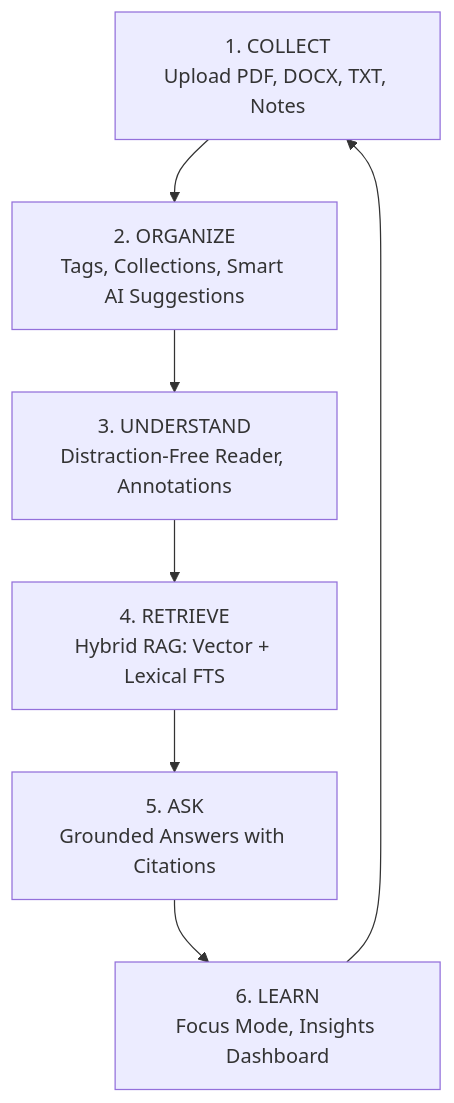
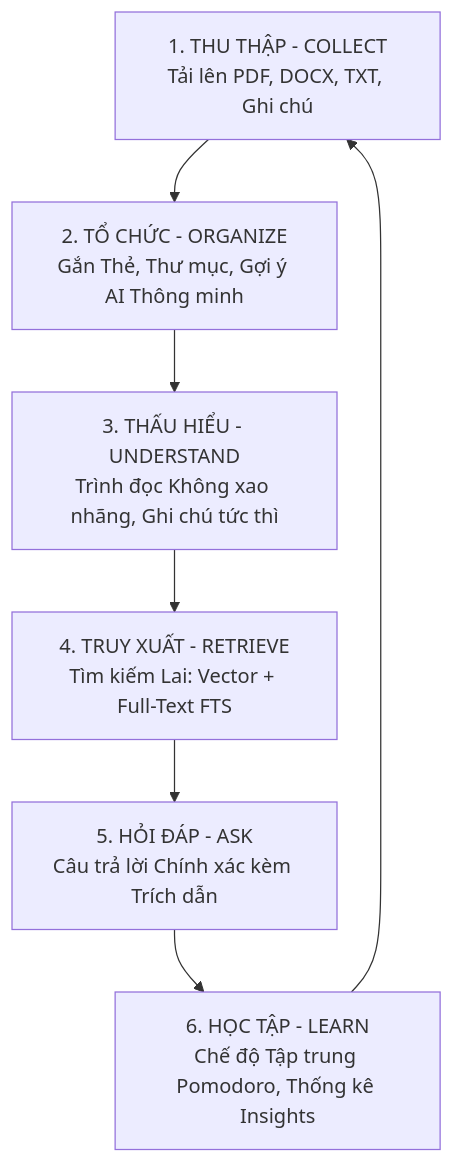
Before and after one commit to dbp3206-source/group_sync: the first of 2 diagrams in docs/01_guides/KNOWLEDGEOS_GUIDE.md, drawn with Mermaid. The commit also changed other lines of this file and 8 other files, not shown here.

````diff
--- a/docs/01_guides/KNOWLEDGEOS_GUIDE.md
+++ b/docs/01_guides/KNOWLEDGEOS_GUIDE.md
@@ -18,9 +23,9 @@
 ```mermaid
 graph TD
-    A[1. COLLECT<br>Upload PDF, DOCX, TXT, Notes] --> B[2. ORGANIZE<br>Tags, Collections, Smart AI Suggestions]
-    B --> C[3. UNDERSTAND<br>Distraction-Free Reader, Annotations]
-    C --> D[4. RETRIEVE<br>Hybrid RAG: Vector + Lexical FTS]
-    D --> E[5. ASK<br>Grounded Answers with Citations]
-    E --> F[6. LEARN<br>Focus Mode, Insights Dashboard]
+    A[1. THU THẬP - COLLECT<br>Tải lên PDF, DOCX, TXT, Ghi chú] --> B[2. TỔ CHỨC - ORGANIZE<br>Gắn Thẻ, Thư mục, Gợi ý AI Thông minh]
+    B --> C[3. THẤU HIỂU - UNDERSTAND<br>Trình đọc Không xao nhãng, Ghi chú tức thì]
+    C --> D[4. TRUY XUẤT - RETRIEVE<br>Tìm kiếm Lai: Vector + Full-Text FTS]
+    D --> E[5. HỎI ĐÁP - ASK<br>Câu trả lời Chính xác kèm Trích dẫn]
+    E --> F[6. HỌC TẬP - LEARN<br>Chế độ Tập trung Pomodoro, Thống kê Insights]
     F --> A
 ```
````
